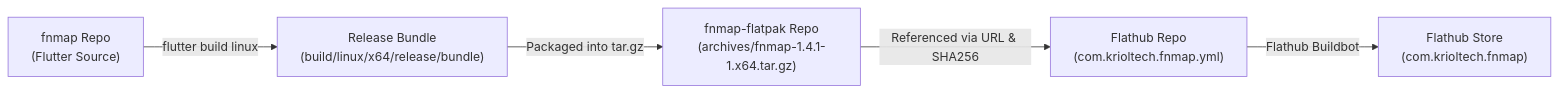
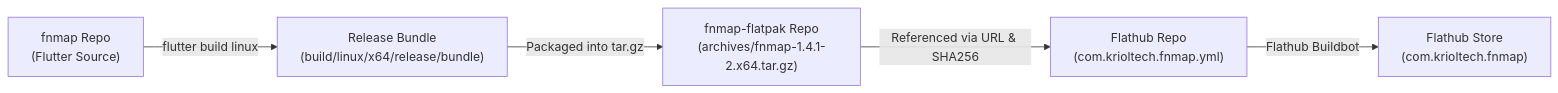
The diagram in flathub-upgrade-instructions.md (gmckesey/fnmap), drawn with Mermaid before and after one commit. The commit also changed other lines of this file and 4 other files, not shown here.

````diff
--- a/flathub-upgrade-instructions.md
+++ b/flathub-upgrade-instructions.md
@@ -11,7 +11,7 @@
 ```mermaid
 flowchart LR
     A["fnmap Repo<br/>(Flutter Source)"] -->|flutter build linux| B["Release Bundle<br/>(build/linux/x64/release/bundle)"]
-    B -->|Packaged into tar.gz| C["fnmap-flatpak Repo<br/>(archives/fnmap-1.4.1-1.x64.tar.gz)"]
+    B -->|Packaged into tar.gz| C["fnmap-flatpak Repo<br/>(archives/fnmap-1.4.1-2.x64.tar.gz)"]
     C -->|Referenced via URL & SHA256| D["Flathub Repo<br/>(com.krioltech.fnmap.yml)"]
     D -->|Flathub Buildbot| E["Flathub Store<br/>(com.krioltech.fnmap)"]
 ```
````
